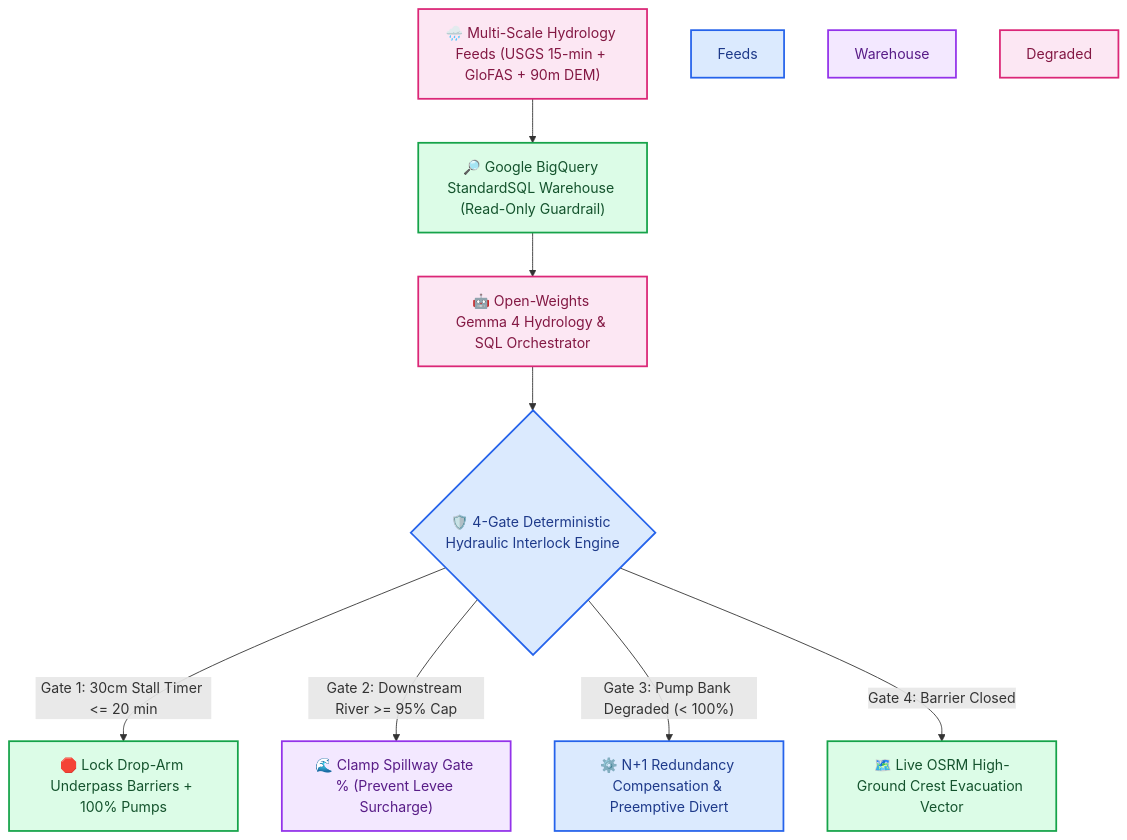
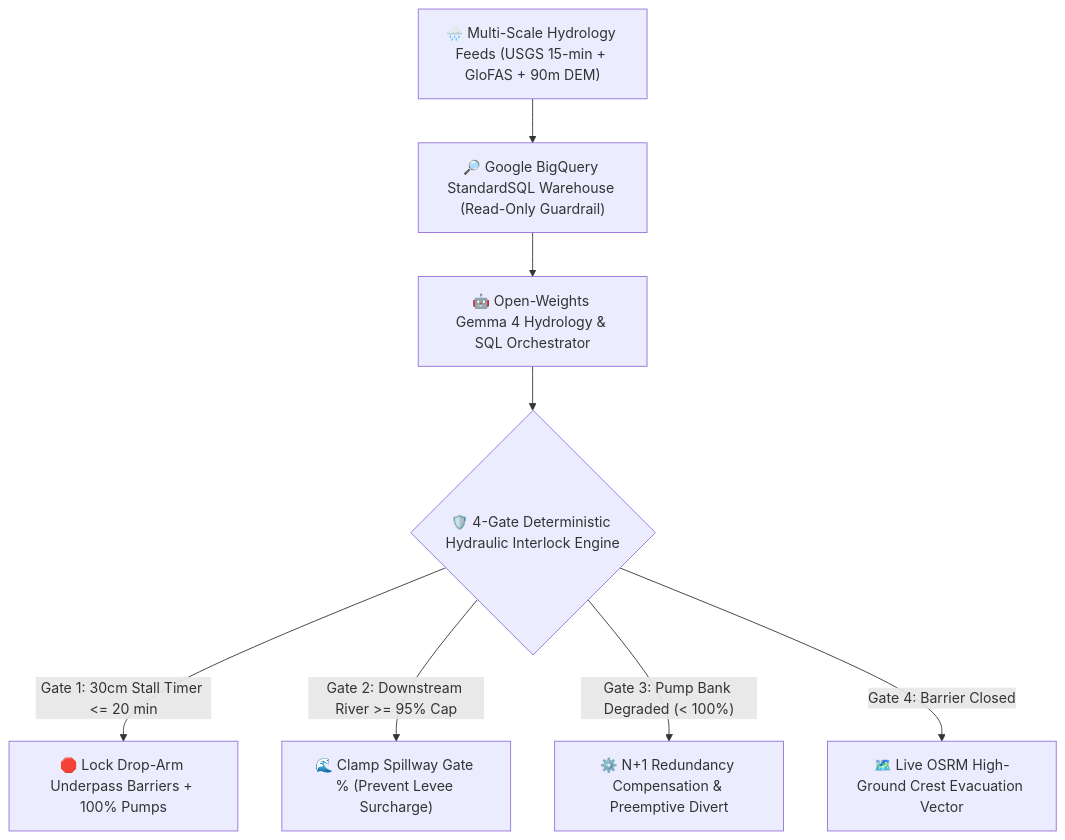
One commit to RobinaMirbahar/floodcrest-ai changed the diagram in README.md. Above: the diagram before and after it, drawn with Mermaid.

Commit message:
docs: revert Mermaid color overrides for crisp native GitHub rendering and consolidate header

````diff
--- a/README.md
+++ b/README.md
@@ -32,21 +32,10 @@
 ```mermaid
 flowchart TD
     A["🌧️ Multi-Scale Hydrology Feeds (USGS 15-min + GloFAS + 90m DEM)"] --> B["🔎 Google BigQuery StandardSQL Warehouse (Read-Only Guardrail)"]
     B --> C["🤖 Open-Weights Gemma 4 Hydrology & SQL Orchestrator"]
     C --> D{"🛡️ 4-Gate Deterministic Hydraulic Interlock Engine"}
     D -->|"Gate 1: 30cm Stall Timer <= 20 min"| E["🛑 Lock Drop-Arm Underpass Barriers + 100% Pumps"]
     D -->|"Gate 2: Downstream River >= 95% Cap"| F["🌊 Clamp Spillway Gate % (Prevent Levee Surcharge)"]
     D -->|"Gate 3: Pump Bank Degraded (< 100%)"| G["⚙️ N+1 Redundancy Compensation & Preemptive Divert"]
     D -->|"Gate 4: Barrier Closed"| H["🗺️ Live OSRM High-Ground Crest Evacuation Vector"]
-    style A fill:#fce7f3,stroke:#db2777,stroke-width:2px,color:#831843
-    style Feeds fill:#dbeafe,stroke:#2563eb,stroke-width:2px,color:#1e3a8a
-    style B fill:#dcfce7,stroke:#16a34a,stroke-width:2px,color:#14532d
-    style Warehouse fill:#f3e8ff,stroke:#9333ea,stroke-width:2px,color:#581c87
-    style C fill:#fce7f3,stroke:#db2777,stroke-width:2px,color:#831843
-    style D fill:#dbeafe,stroke:#2563eb,stroke-width:2px,color:#1e3a8a
-    style E fill:#dcfce7,stroke:#16a34a,stroke-width:2px,color:#14532d
-    style F fill:#f3e8ff,stroke:#9333ea,stroke-width:2px,color:#581c87
-    style Degraded fill:#fce7f3,stroke:#db2777,stroke-width:2px,color:#831843
-    style G fill:#dbeafe,stroke:#2563eb,stroke-width:2px,color:#1e3a8a
-    style H fill:#dcfce7,stroke:#16a34a,stroke-width:2px,color:#14532d
 ```
````
